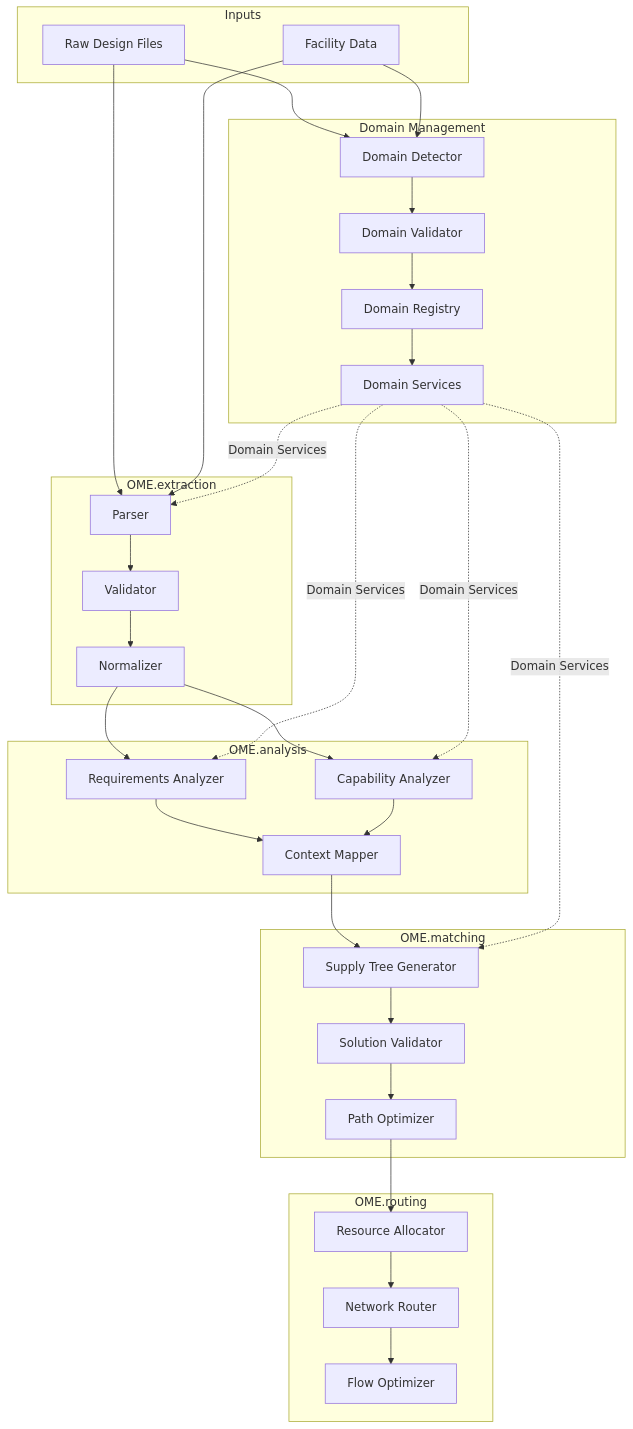
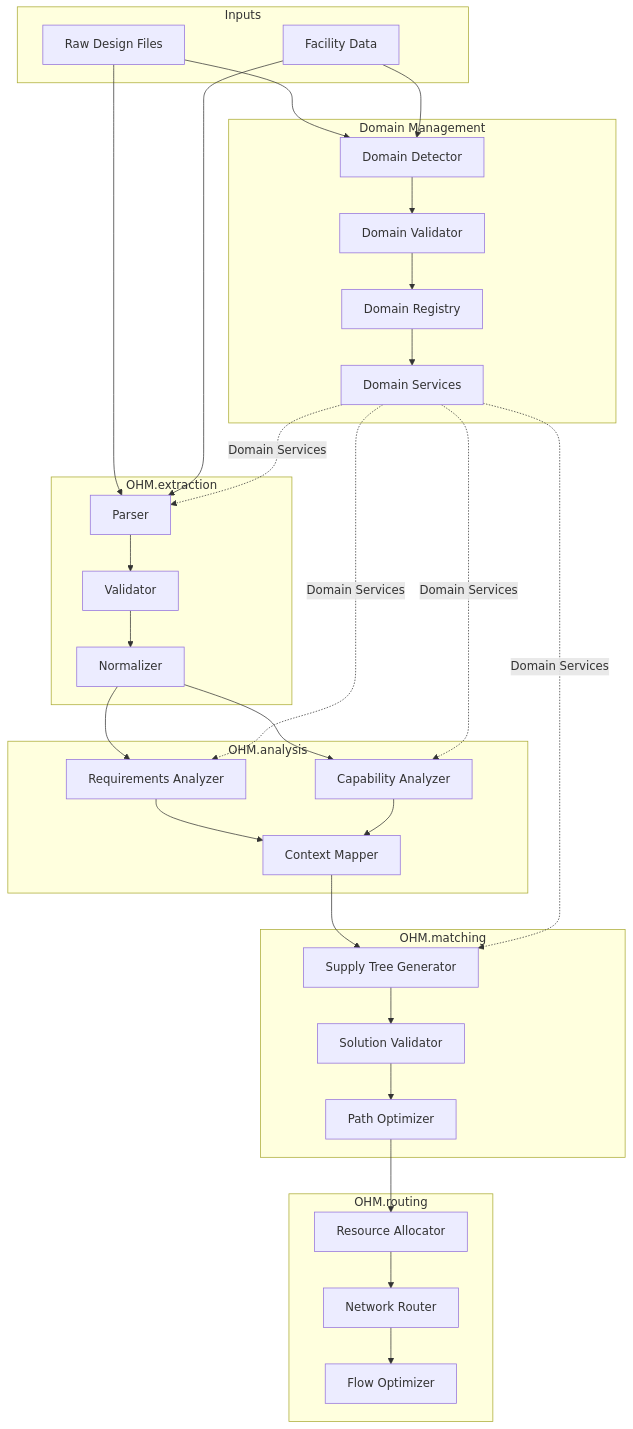
Before and after one commit to helpfulengineering/supply-graph-ai: the diagram in docs/architecture/index.md, drawn with Mermaid. The commit also changed other lines of this file and 121 other files, not shown here.

````diff
--- a/docs/architecture/index.md
+++ b/docs/architecture/index.md
@@ -213,66 +213,66 @@
 ```mermaid
 graph TD
     subgraph Inputs
         I1[Raw Design Files]
         I2[Facility Data]
     end
 
     subgraph "Domain Management"
         DM1[Domain Registry]
         DM2[Domain Detector]
         DM3[Domain Validator]
         DM4[Domain Services]
     end
 
-    subgraph "OME.extraction"
+    subgraph "OHM.extraction"
         E1[Parser]
         E2[Validator]
         E3[Normalizer]
     end
 
-    subgraph "OME.analysis"
+    subgraph "OHM.analysis"
         A1[Requirements Analyzer]
         A2[Capability Analyzer]
         A3[Context Mapper]
     end
 
-    subgraph "OME.matching"
+    subgraph "OHM.matching"
         M1[Supply Tree Generator]
         M2[Solution Validator]
         M3[Path Optimizer]
     end
 
-    subgraph "OME.routing"
+    subgraph "OHM.routing"
         R1[Resource Allocator]
         R2[Network Router]
         R3[Flow Optimizer]
     end
 
     I1 --> DM2
     I2 --> DM2
     DM2 --> DM3
     DM3 --> DM1
     DM1 --> DM4
 
     I1 --> E1
     I2 --> E1
     DM4 -.->|Domain Services| E1
     E1 --> E2
     E2 --> E3
 
     E3 --> A1
     E3 --> A2
     DM4 -.->|Domain Services| A1
     DM4 -.->|Domain Services| A2
     A1 --> A3
     A2 --> A3
 
     A3 --> M1
     DM4 -.->|Domain Services| M1
     M1 --> M2
     M2 --> M3
 
     M3 --> R1
     R1 --> R2
     R2 --> R3
 ```
````
